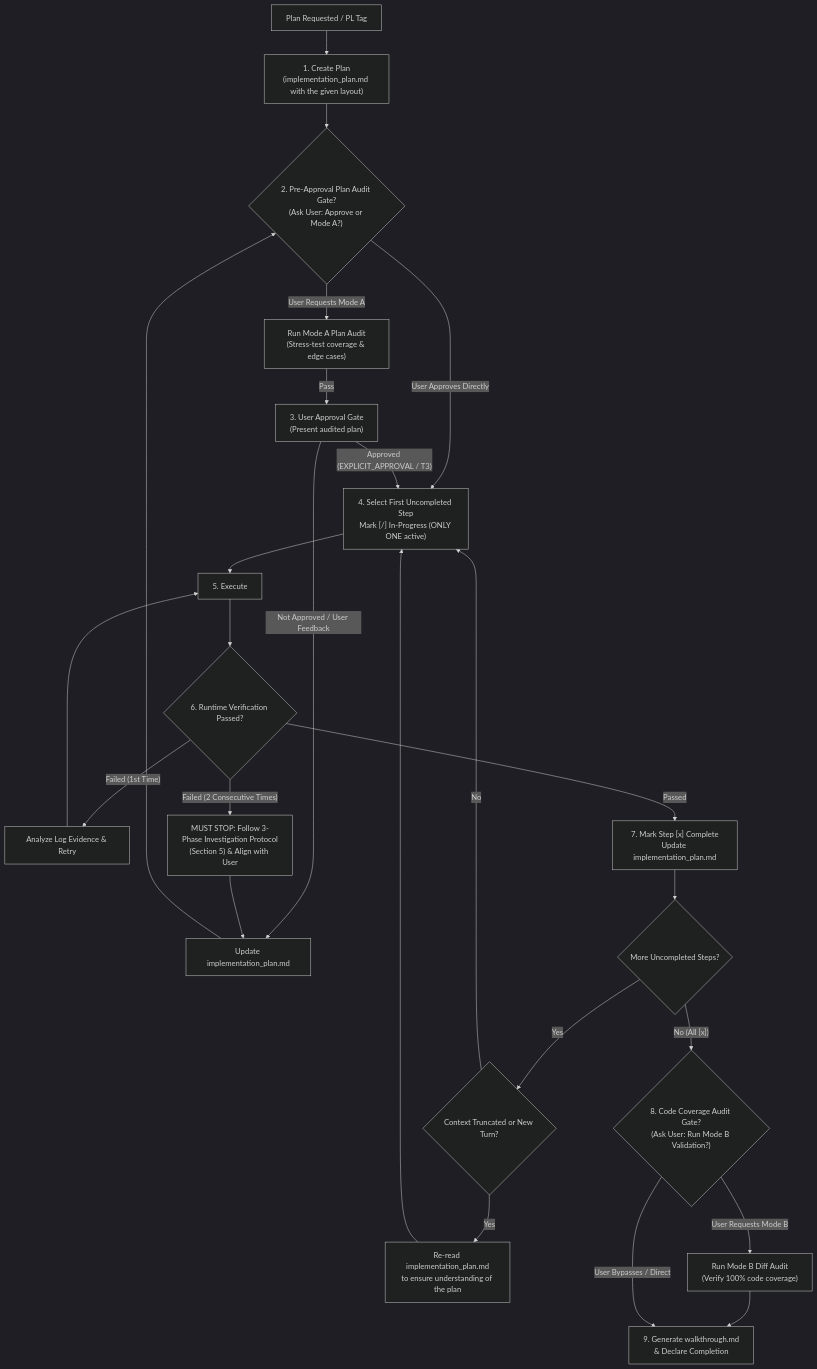
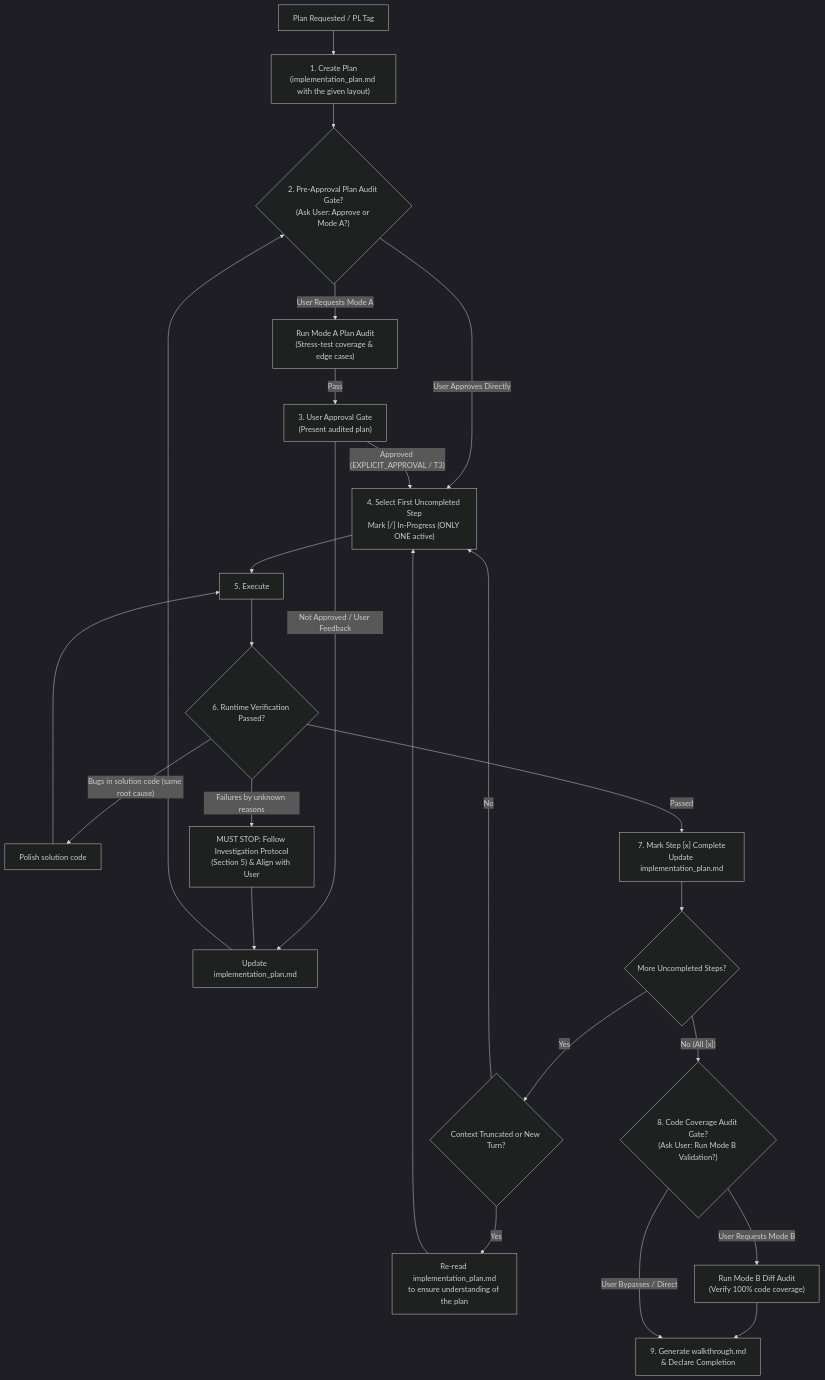
One commit to loerei/myskills changed the third of 9 diagrams in AGENTS.md. Above: the diagram before and after it, drawn with Mermaid (dark theme). The commit also changed 1 other file, not shown here.

Commit message:
docs(policy): update Section 2 Mermaid flowchart error recovery branches to match Section 5

````diff
--- a/AGENTS.md
+++ b/AGENTS.md
@@ -80,31 +80,31 @@
 ```mermaid
 flowchart TD
     Start["Plan Requested / PL Tag"] --> CreatePlan["1. Create Plan<br/>(implementation_plan.md with the given layout)"]
     CreatePlan --> ModeAOption{"2. Pre-Approval Plan Audit Gate?<br/>(Ask User: Approve or Mode A?)"}
     
     ModeAOption -->|"User Requests Mode A"| RunModeA["Run Mode A Plan Audit<br/>(Stress-test coverage & edge cases)"]
     RunModeA -->|"Pass"| UserGate["3. User Approval Gate<br/>(Present audited plan)"]
     
     ModeAOption -->|"User Approves Directly"| SelectStep["4. Select First Uncompleted Step<br/>Mark [/] In-Progress (ONLY ONE active)"]
     
     UserGate -->|"Not Approved / User Feedback"| RefinePlanDoc["Update implementation_plan.md"] --> ModeAOption
     
     UserGate -->|"Approved (EXPLICIT_APPROVAL / T3)"| SelectStep
     
     SelectStep --> ExecuteStep["5. Execute"]
     ExecuteStep --> VerifyStep{"6. Runtime Verification Passed?"}
     
-    VerifyStep -->|"Failed (1st Time)"| AnalyzeLog["Analyze Log Evidence & Retry"] --> ExecuteStep
-    VerifyStep -->|"Failed (2 Consecutive Times)"| MustStop["MUST STOP: Follow 3-Phase Investigation Protocol<br/>(Section 5) & Align with User"] --> RefinePlanDoc
+    VerifyStep -->|"Bugs in solution code (same root cause)"| PolishCode["Polish solution code"] --> ExecuteStep
+    VerifyStep -->|"Failures by unknown reasons"| MustStop["MUST STOP: Follow Investigation Protocol<br/>(Section 5) & Align with User"] --> RefinePlanDoc
     
     VerifyStep -->|"Passed"| MarkComplete["7. Mark Step [x] Complete<br/>Update implementation_plan.md"]
     
     MarkComplete --> CheckRemaining{"More Uncompleted Steps?"}
     CheckRemaining -->|"Yes"| ContextCheck{"Context Truncated or New Turn?"}
     ContextCheck -->|"Yes"| ReadPlan["Re-read implementation_plan.md<br/>to ensure understanding of the plan"] --> SelectStep
     ContextCheck -->|"No"| SelectStep
     
     CheckRemaining -->|"No (All [x])"| ModeBCheck{"8. Code Coverage Audit Gate?<br/>(Ask User: Run Mode B Validation?)"}
     ModeBCheck -->|"User Requests Mode B"| RunModeB["Run Mode B Diff Audit<br/>(Verify 100% code coverage)"] --> FinalWalkthrough["9. Generate walkthrough.md<br/>& Declare Completion"]
     ModeBCheck -->|"User Bypasses / Direct"| FinalWalkthrough
 ```
````
